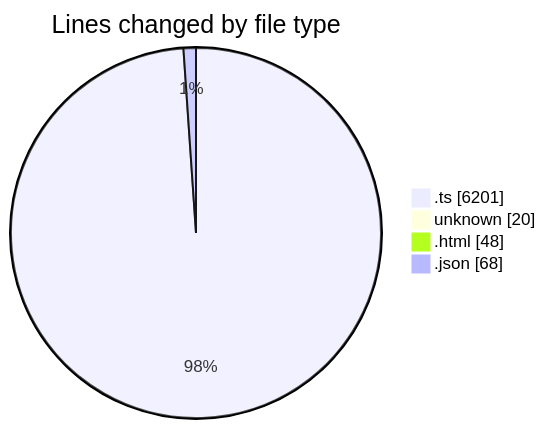
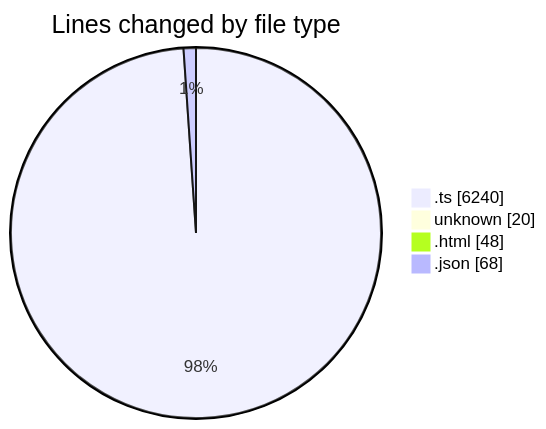
Before and after one commit to tmsrecording-cyber/code-tracking: the first of 2 diagrams in 2026-02-06/singularitybrainai/README.md, drawn with Mermaid. The commit also changed other lines of this file and 1 other file, not shown here.

````diff
--- a/2026-02-06/singularitybrainai/README.md
+++ b/2026-02-06/singularitybrainai/README.md
@@ -32,8 +32,8 @@
 ```mermaid
 pie showData
 title Lines changed by file type
-".ts" : 6201
+".ts" : 6240
 "unknown" : 20
 ".html" : 48
 ".json" : 68
 ```
````
